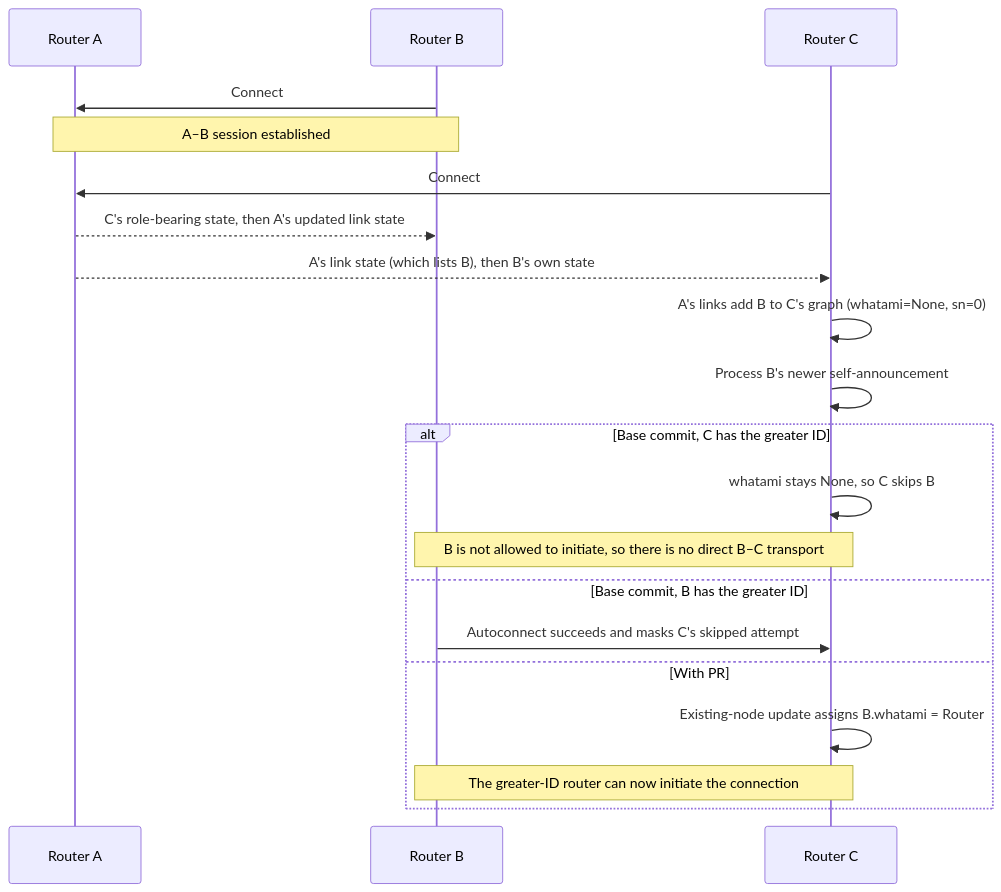
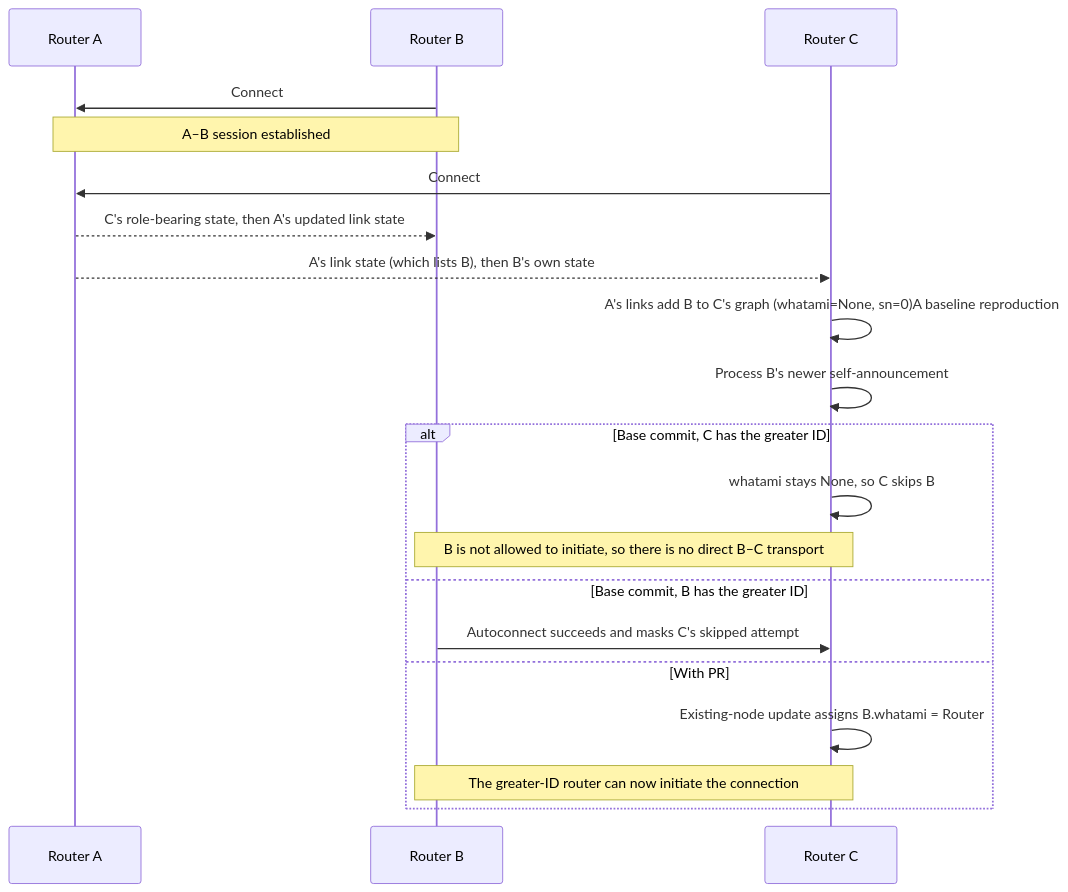
Before and after one commit to nt4i/zenoh-whatami-gossip-race-repro: the diagram in README.md, drawn with Mermaid. The commit also changed other lines of this file, not shown here.

Commit message:
Clarify process check wording

````diff
--- a/README.md
+++ b/README.md
@@ -7,23 +7,23 @@
 ```mermaid
 sequenceDiagram
     participant A as Router A
     participant B as Router B
     participant C as Router C
 
     B->>A: Connect
     Note over A,B: A–B session established
     C->>A: Connect
     A-->>B: C's role-bearing state, then A's updated link state
     A-->>C: A's link state (which lists B), then B's own state
-    C->>C: A's links add B to C's graph (whatami=None, sn=0)
+    C->>C: A's links add B to C's graph (whatami=None, sn=0)A baseline reproduction
     C->>C: Process B's newer self-announcement
     alt Base commit, C has the greater ID
         C->>C: whatami stays None, so C skips B
         Note over B,C: B is not allowed to initiate, so there is no direct B–C transport
     else Base commit, B has the greater ID
         B->>C: Autoconnect succeeds and masks C's skipped attempt
     else With PR #2827 change
         C->>C: Existing-node update assigns B.whatami = Router
         Note over B,C: The greater-ID router can now initiate the connection
     end
 ```
````
